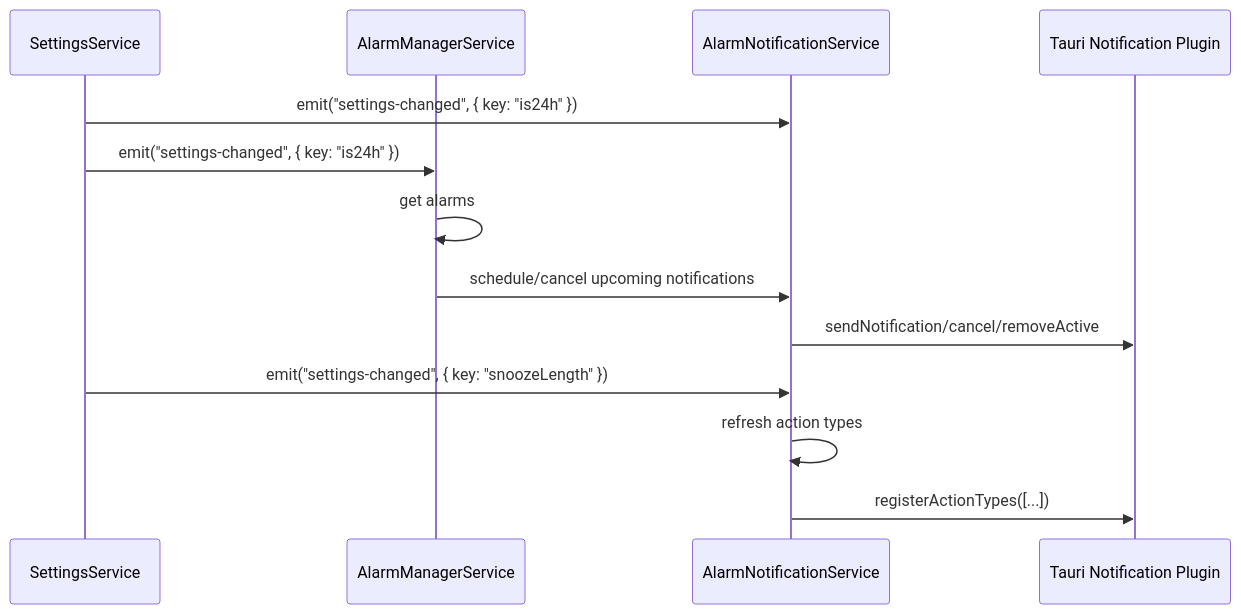
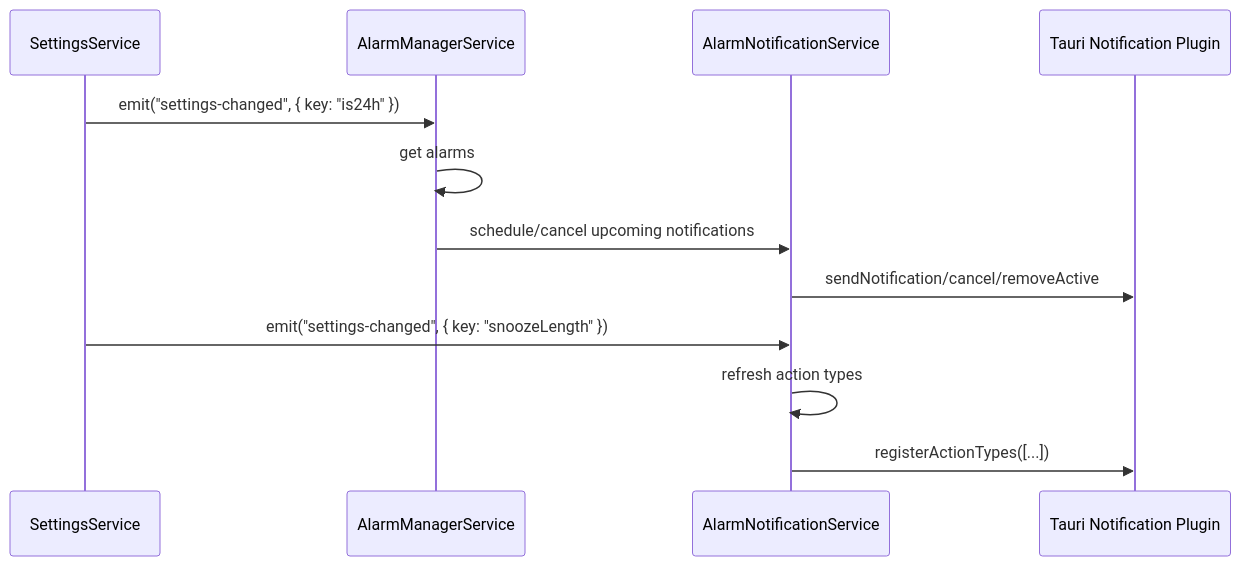
Before and after one commit to liminal-hq/threshold: the first of 2 diagrams in docs/architecture/notification-architecture.md, drawn with Mermaid. The commit also changed other lines of this file and 1 other file, not shown here.

First line of the commit message:
refactor: remove unused 24-hour settings handling from notification action refresh

````diff
--- a/docs/architecture/notification-architecture.md
+++ b/docs/architecture/notification-architecture.md
@@ -117,17 +116,16 @@
 ```mermaid
 sequenceDiagram
     participant Settings as SettingsService
     participant AlarmMgr as AlarmManagerService
     participant NotifHub as AlarmNotificationService
     participant Tauri as Tauri Notification Plugin
 
-    Settings->>NotifHub: emit("settings-changed", { key: "is24h" })
     Settings->>AlarmMgr: emit("settings-changed", { key: "is24h" })
     AlarmMgr->>AlarmMgr: get alarms
     AlarmMgr->>NotifHub: schedule/cancel upcoming notifications
     NotifHub->>Tauri: sendNotification/cancel/removeActive
 
     Settings->>NotifHub: emit("settings-changed", { key: "snoozeLength" })
     NotifHub->>NotifHub: refresh action types
     NotifHub->>Tauri: registerActionTypes([...])
 ```
````
